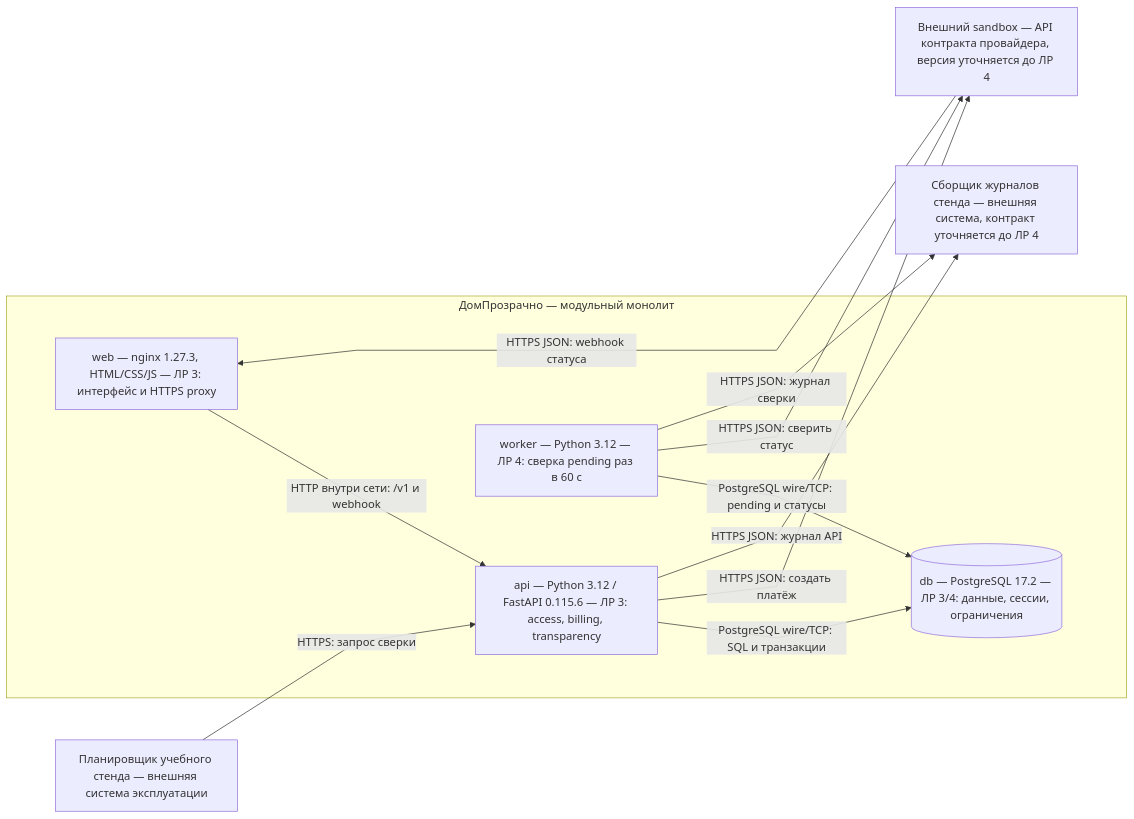
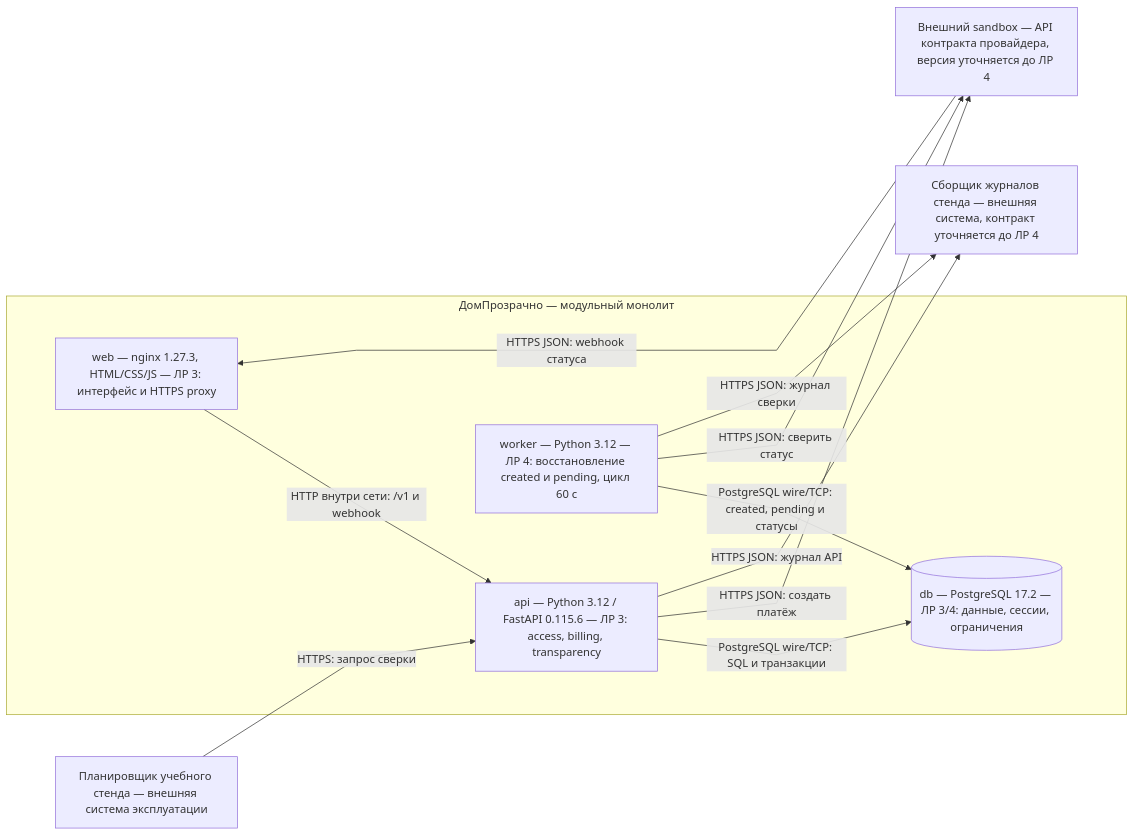
One commit to PerkaHub/home changed the diagram in docs/architecture/c4/container.mmd. Above: the diagram before and after it, drawn with Mermaid. The commit also changed 29 other files, not shown here.

```diff
--- a/docs/architecture/c4/container.mmd
+++ b/docs/architecture/c4/container.mmd
@@ -1,21 +1,21 @@
 %%{init: {"flowchart": {"nodeSpacing": 100, "rankSpacing": 140, "curve": "linear"}}}%%
 flowchart LR
  subgraph SYS["ДомПрозрачно — модульный монолит"]
  W["web — nginx 1.27.3, HTML/CSS/JS — ЛР 3: интерфейс и HTTPS proxy"]
  A["api — Python 3.12 / FastAPI 0.115.6 — ЛР 3: access, billing, transparency"]
- K["worker — Python 3.12 — ЛР 4: сверка pending раз в 60 с"]
+ K["worker — Python 3.12 — ЛР 4: восстановление created и pending, цикл 60 с"]
  D[("db — PostgreSQL 17.2 — ЛР 3/4: данные, сессии, ограничения")]
  W -->|"HTTP внутри сети: /v1 и webhook"| A
  A -->|"PostgreSQL wire/TCP: SQL и транзакции"| D
- K -->|"PostgreSQL wire/TCP: pending и статусы"| D
+ K -->|"PostgreSQL wire/TCP: created, pending и статусы"| D
  end
  P["Внешний sandbox — API контракта провайдера, версия уточняется до ЛР 4"]
  A -->|"HTTPS JSON: создать платёж"| P
  K -->|"HTTPS JSON: сверить статус"| P
  P -->|"HTTPS JSON: webhook статуса"| W
 
  J["Планировщик учебного стенда — внешняя система эксплуатации"]
  L["Сборщик журналов стенда — внешняя система, контракт уточняется до ЛР 4"]
  J -->|"HTTPS: запрос сверки"| A
  A -->|"HTTPS JSON: журнал API"| L
  K -->|"HTTPS JSON: журнал сверки"| L
```
